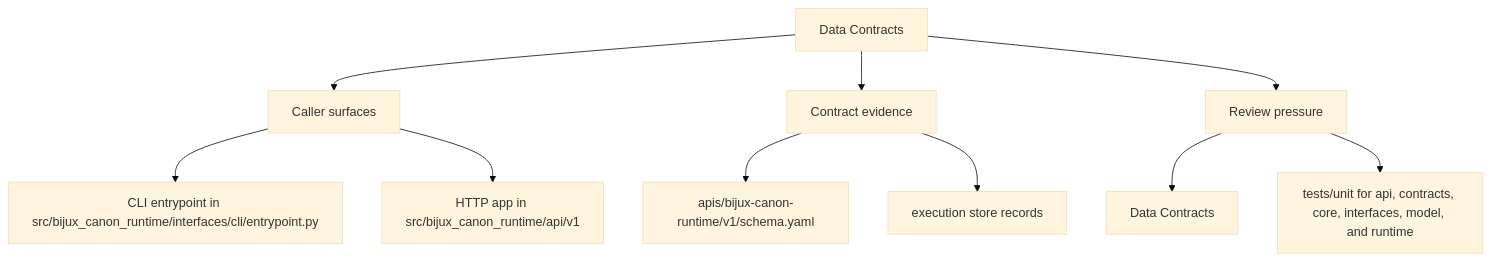
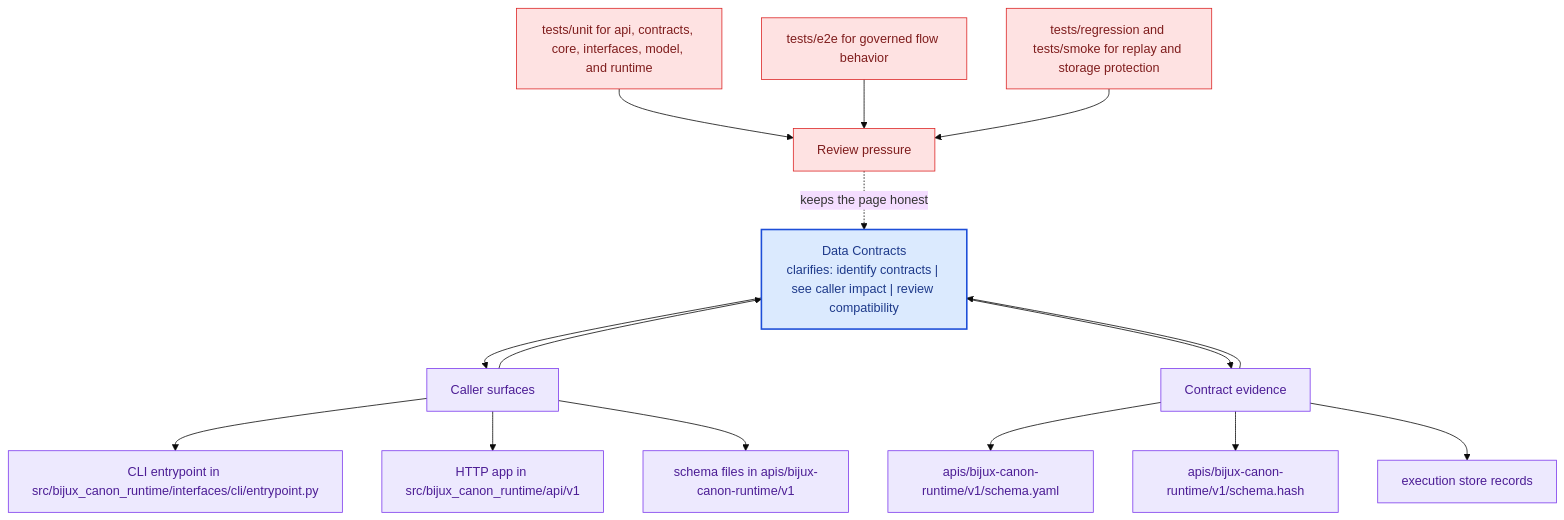
One commit to bijux/bijux-canon changed the second of 2 diagrams in docs/bijux-canon-runtime/interfaces/data-contracts.md. Above: the diagram before and after it, drawn with Mermaid (base theme). The commit also changed other lines of this file and 281 other files, not shown here.

Commit message:
docs(diagrams): deepen handbook mermaid maps across the catalog

````diff
--- a/docs/bijux-canon-runtime/interfaces/data-contracts.md
+++ b/docs/bijux-canon-runtime/interfaces/data-contracts.md
@@ -35,22 +68,41 @@
 ```mermaid
-flowchart TD
-    page["Data Contracts"]
+flowchart TB
+    promise["Data Contracts<br/>clarifies: identify contracts | see caller impact | review compatibility"]
+    classDef promise fill:#dbeafe,stroke:#1d4ed8,color:#1e3a8a,stroke-width:2px;
+    classDef driver fill:#dcfce7,stroke:#16a34a,color:#14532d;
+    classDef constraint fill:#fee2e2,stroke:#dc2626,color:#7f1d1d;
+    classDef ground fill:#ede9fe,stroke:#7c3aed,color:#4c1d95;
     focus1["Caller surfaces"]
-    page --> focus1
+    focus1 --> promise
+    promise --> focus1
     focus1_1["CLI entrypoint in src/bijux_canon_runtime/interfaces/cli/entrypoint.py"]
     focus1 --> focus1_1
     focus1_2["HTTP app in src/bijux_canon_runtime/api/v1"]
     focus1 --> focus1_2
+    focus1_3["schema files in apis/bijux-canon-runtime/v1"]
+    focus1 --> focus1_3
+    class focus1 ground;
+    class focus1_1,focus1_2,focus1_3 ground;
     focus2["Contract evidence"]
-    page --> focus2
+    focus2 --> promise
+    promise --> focus2
     focus2_1["apis/bijux-canon-runtime/v1/schema.yaml"]
     focus2 --> focus2_1
-    focus2_2["execution store records"]
+    focus2_2["apis/bijux-canon-runtime/v1/schema.hash"]
     focus2 --> focus2_2
+    focus2_3["execution store records"]
+    focus2 --> focus2_3
+    class focus2 ground;
+    class focus2_1,focus2_2,focus2_3 ground;
     focus3["Review pressure"]
-    page --> focus3
-    focus3_1["Data Contracts"]
-    focus3 --> focus3_1
-    focus3_2["tests/unit for api, contracts, core, interfaces, model, and runtime"]
-    focus3 --> focus3_2
+    focus3 -.keeps the page honest.-> promise
+    focus3_1["tests/unit for api, contracts, core, interfaces, model, and runtime"]
+    focus3_1 --> focus3
+    focus3_2["tests/e2e for governed flow behavior"]
+    focus3_2 --> focus3
+    focus3_3["tests/regression and tests/smoke for replay and storage protection"]
+    focus3_3 --> focus3
+    class focus3 constraint;
+    class focus3_1,focus3_2,focus3_3 constraint;
+    class promise promise;
 ```
````
